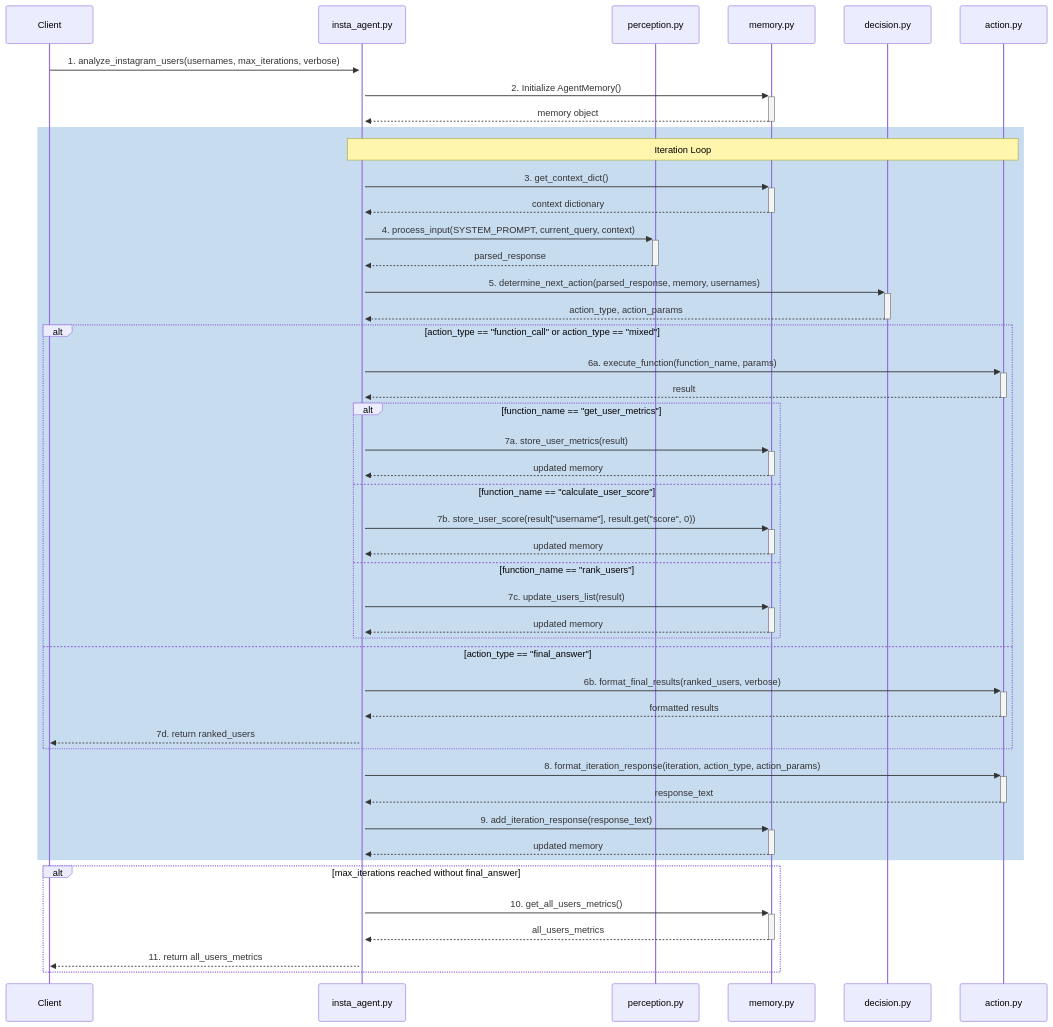
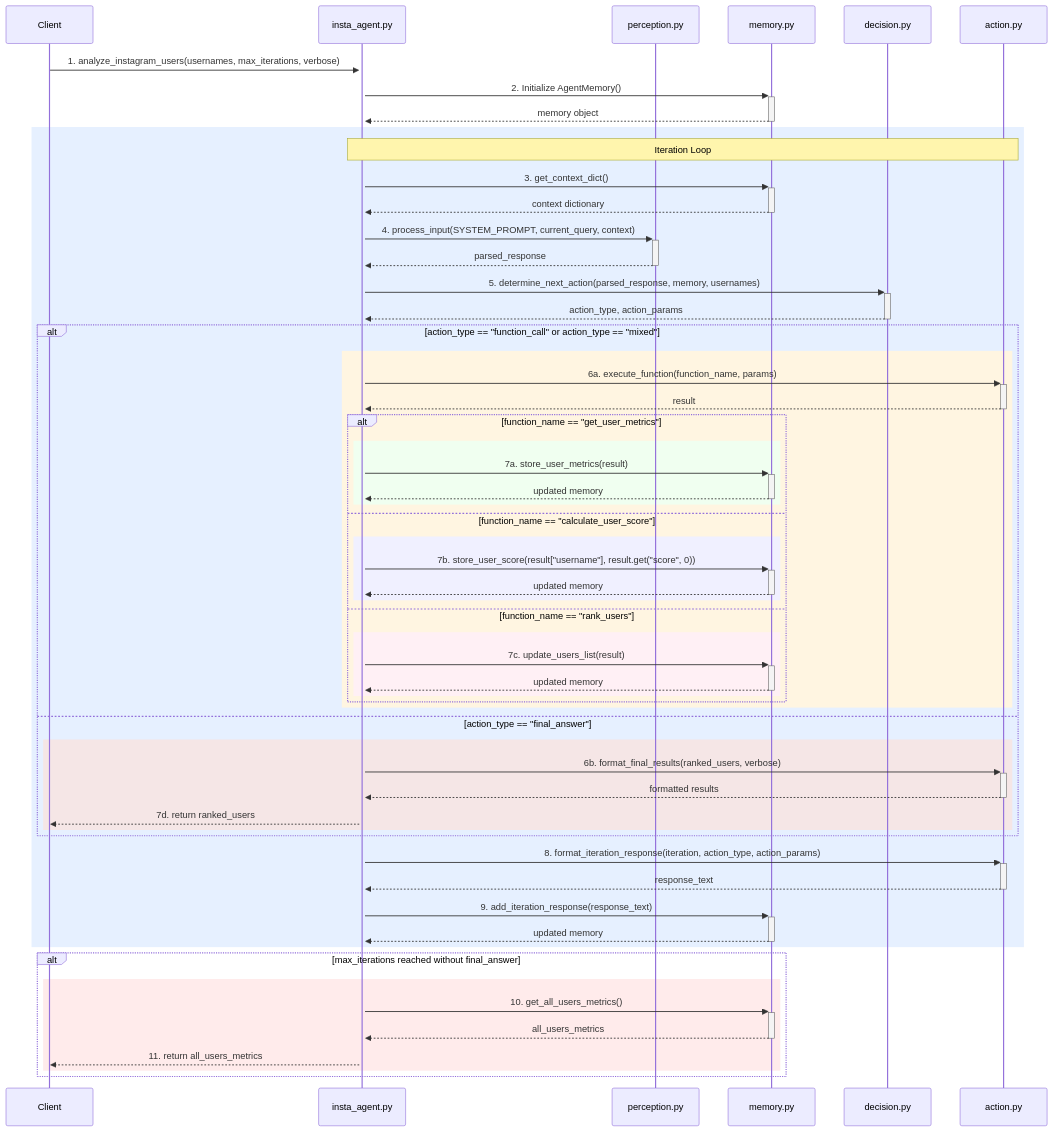
Before and after one commit to danishxr/instoma_backend: the diagram in README.md, drawn with Mermaid.

Commit message:
updated the README.md with better style to easier read the flow

````diff
--- a/README.md
+++ b/README.md
@@ -48,59 +48,71 @@
 ``` mermaid
 sequenceDiagram
     participant Client
     participant InstaAgent as insta_agent.py
     participant Perception as perception.py
     participant Memory as memory.py
     participant Decision as decision.py
     participant Action as action.py
     
     Client->>+InstaAgent: 1. analyze_instagram_users(usernames, max_iterations, verbose)
     InstaAgent->>+Memory: 2. Initialize AgentMemory()
     Memory-->>-InstaAgent: memory object
     
-    rect rgb(200, 220, 240)
+    rect rgb(230, 240, 255)
         Note over InstaAgent,Action: Iteration Loop
         
         InstaAgent->>+Memory: 3. get_context_dict()
         Memory-->>-InstaAgent: context dictionary
         
         InstaAgent->>+Perception: 4. process_input(SYSTEM_PROMPT, current_query, context)
         Perception-->>-InstaAgent: parsed_response
         
         InstaAgent->>+Decision: 5. determine_next_action(parsed_response, memory, usernames)
         Decision-->>-InstaAgent: action_type, action_params
         
         alt action_type == "function_call" or action_type == "mixed"
-            InstaAgent->>+Action: 6a. execute_function(function_name, params)
-            Action-->>-InstaAgent: result
-            
-            alt function_name == "get_user_metrics"
-                InstaAgent->>+Memory: 7a. store_user_metrics(result)
-                Memory-->>-InstaAgent: updated memory
-            else function_name == "calculate_user_score"
-                InstaAgent->>+Memory: 7b. store_user_score(result["username"], result.get("score", 0))
-                Memory-->>-InstaAgent: updated memory
-            else function_name == "rank_users"
-                InstaAgent->>+Memory: 7c. update_users_list(result)
-                Memory-->>-InstaAgent: updated memory
+            rect rgb(255, 245, 225)
+                InstaAgent->>+Action: 6a. execute_function(function_name, params)
+                Action-->>-InstaAgent: result
+                
+                alt function_name == "get_user_metrics"
+                    rect rgb(240, 255, 240)
+                        InstaAgent->>+Memory: 7a. store_user_metrics(result)
+                        Memory-->>-InstaAgent: updated memory
+                    end
+                else function_name == "calculate_user_score"
+                    rect rgb(240, 240, 255)
+                        InstaAgent->>+Memory: 7b. store_user_score(result["username"], result.get("score", 0))
+                        Memory-->>-InstaAgent: updated memory
+                    end
+                else function_name == "rank_users"
+                    rect rgb(255, 240, 245)
+                        InstaAgent->>+Memory: 7c. update_users_list(result)
+                        Memory-->>-InstaAgent: updated memory
+                    end
+                end
             end
             
         else action_type == "final_answer"
-            InstaAgent->>+Action: 6b. format_final_results(ranked_users, verbose)
-            Action-->>-InstaAgent: formatted results
-            InstaAgent-->>Client: 7d. return ranked_users
+            rect rgb(245, 230, 230)
+                InstaAgent->>+Action: 6b. format_final_results(ranked_users, verbose)
+                Action-->>-InstaAgent: formatted results
+                InstaAgent-->>Client: 7d. return ranked_users
+            end
         end
         
         InstaAgent->>+Action: 8. format_iteration_response(iteration, action_type, action_params)
         Action-->>-InstaAgent: response_text
         
         InstaAgent->>+Memory: 9. add_iteration_response(response_text)
         Memory-->>-InstaAgent: updated memory
     end
     
     alt max_iterations reached without final_answer
-        InstaAgent->>+Memory: 10. get_all_users_metrics()
-        Memory-->>-InstaAgent: all_users_metrics
-        InstaAgent-->>Client: 11. return all_users_metrics
+        rect rgb(255, 235, 235)
+            InstaAgent->>+Memory: 10. get_all_users_metrics()
+            Memory-->>-InstaAgent: all_users_metrics
+            InstaAgent-->>Client: 11. return all_users_metrics
+        end
     end
 ```
````
